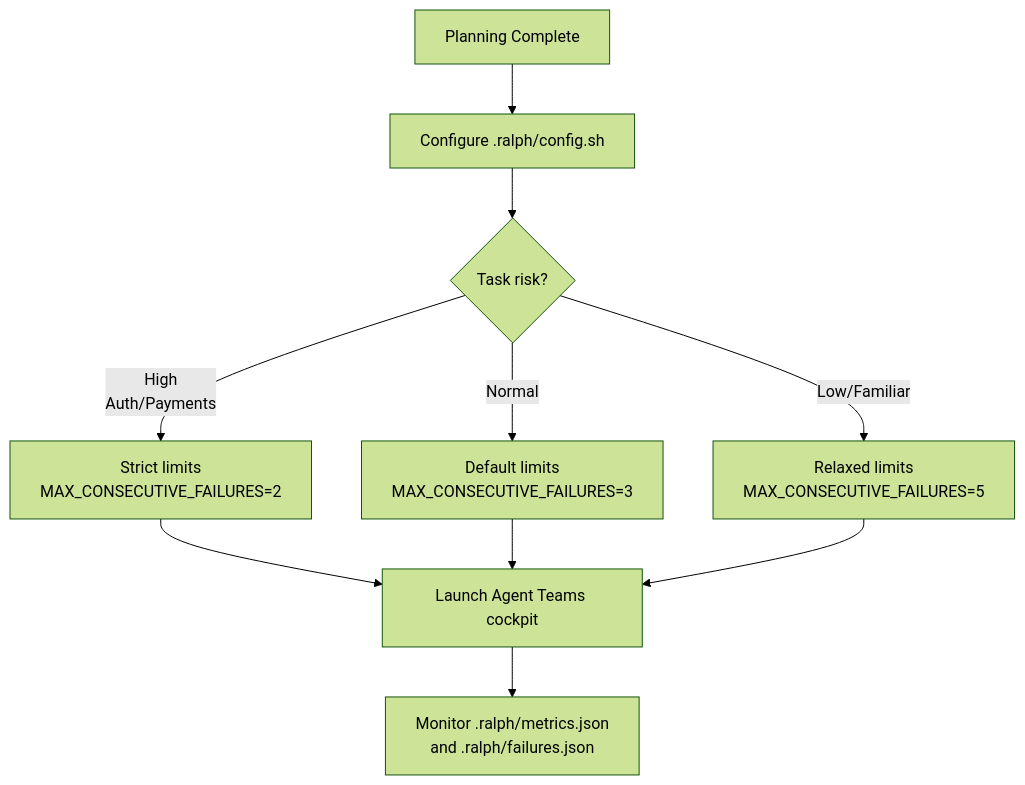
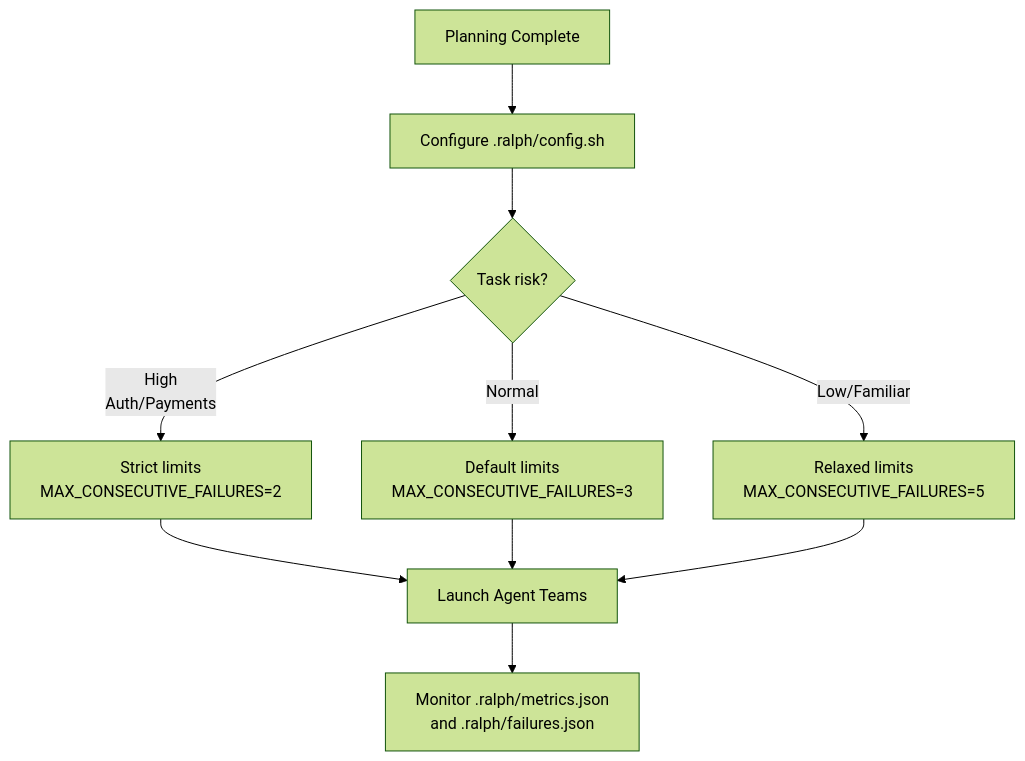
Before and after one commit to Dario-Arcos/ai-framework: the fifth of 5 diagrams in skills/ralph-orchestrator/references/mode-selection.md, drawn with Mermaid (forest theme). The commit also changed other lines of this file and 23 other files, not shown here.

````diff
--- a/skills/ralph-orchestrator/references/mode-selection.md
+++ b/skills/ralph-orchestrator/references/mode-selection.md
@@ -222,16 +222,16 @@
 ```mermaid
 graph TD
     Ready[Planning Complete] --> Config[Configure .ralph/config.sh]
 
     Config --> Q1{Task risk?}
 
     Q1 -->|High<br/>Auth/Payments| Strict[Strict limits<br/>MAX_CONSECUTIVE_FAILURES=2]
     Q1 -->|Normal| Default[Default limits<br/>MAX_CONSECUTIVE_FAILURES=3]
     Q1 -->|Low/Familiar| Relaxed[Relaxed limits<br/>MAX_CONSECUTIVE_FAILURES=5]
 
-    Strict --> Launch[Launch Agent Teams cockpit]
+    Strict --> Launch[Launch Agent Teams]
     Default --> Launch
     Relaxed --> Launch
 
     Launch --> Monitor[Monitor .ralph/metrics.json<br/>and .ralph/failures.json]
 ```
````
